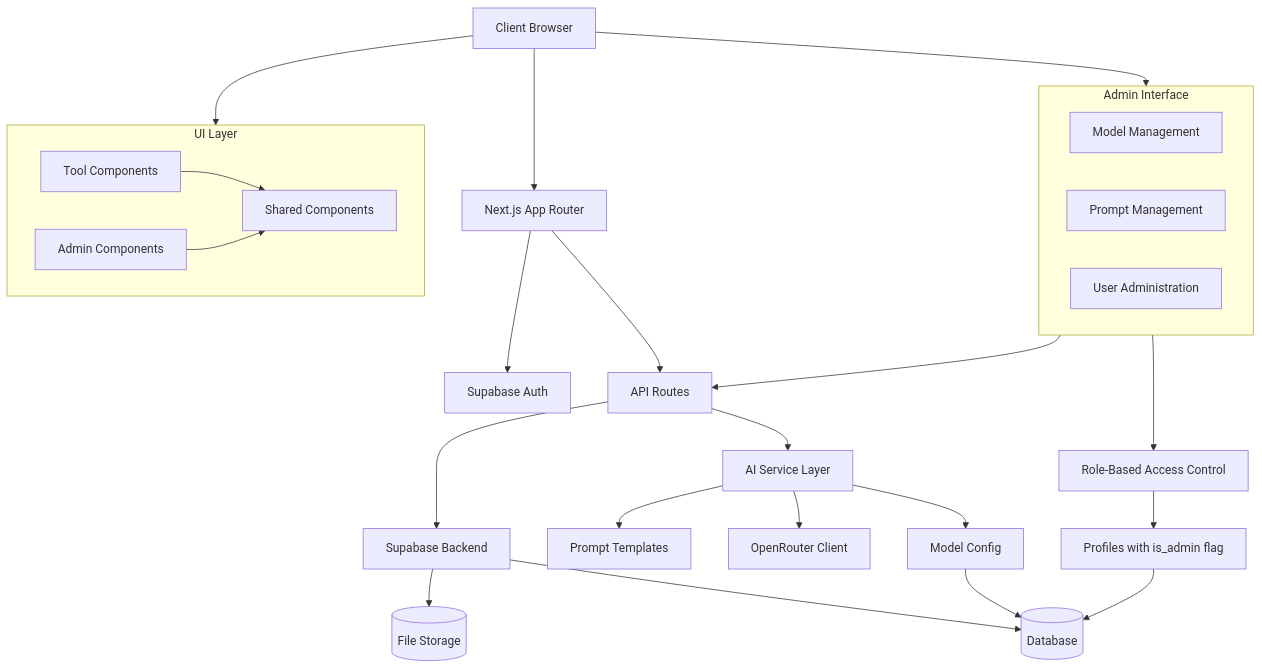
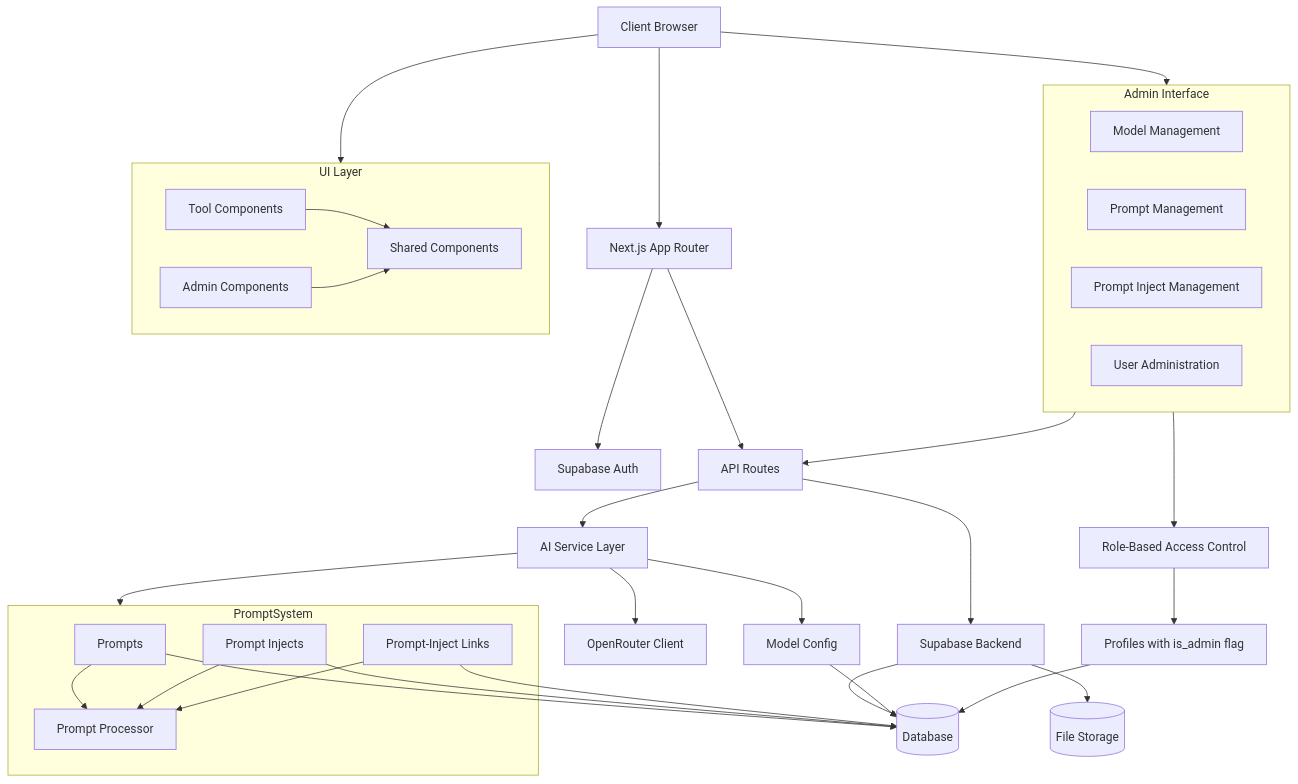
Before and after one commit to troyharris/snowsparrow: the diagram in cline_docs/systemPatterns.md, drawn with Mermaid. The commit also changed other lines of this file and 8 other files, not shown here.

````diff
--- a/cline_docs/systemPatterns.md
+++ b/cline_docs/systemPatterns.md
@@ -5,36 +5,52 @@
 ```mermaid
 flowchart TD
     Client[Client Browser] --> Next[Next.js App Router]
     Next --> Auth[Supabase Auth]
     Next --> API[API Routes]
     API --> AIService[AI Service Layer]
     AIService --> Models[Model Config]
-    AIService --> Prompts[Prompt Templates]
+    AIService --> PromptSystem[Prompt System]
     AIService --> OpenRouter[OpenRouter Client]
     API --> Supabase[Supabase Backend]
     Supabase --> DB[(Database)]
     Supabase --> Storage[(File Storage)]
     Models --> DB
+    
+    subgraph PromptSystem
+        Prompts[Prompts]
+        PromptInjects[Prompt Injects]
+        PromptLinks[Prompt-Inject Links]
+        PromptProcessor[Prompt Processor]
+        
+        Prompts --> PromptProcessor
+        PromptInjects --> PromptProcessor
+        PromptLinks --> PromptProcessor
+    end
+    
+    Prompts --> DB
+    PromptInjects --> DB
+    PromptLinks --> DB
 
     subgraph Admin[Admin Interface]
         ModelAdmin[Model Management]
         PromptAdmin[Prompt Management]
+        InjectAdmin[Prompt Inject Management]
         UserAdmin[User Administration]
     end
 
     Admin --> API
     Admin --> RBAC[Role-Based Access Control]
     RBAC --> Profiles[Profiles with is_admin flag]
     Profiles --> DB
 
     subgraph UI[UI Layer]
         SharedComponents[Shared Components]
         ToolComponents[Tool Components]
         AdminComponents[Admin Components]
         ToolComponents --> SharedComponents
         AdminComponents --> SharedComponents
     end
 
     Client --> UI
     Client --> Admin
 ```
````
